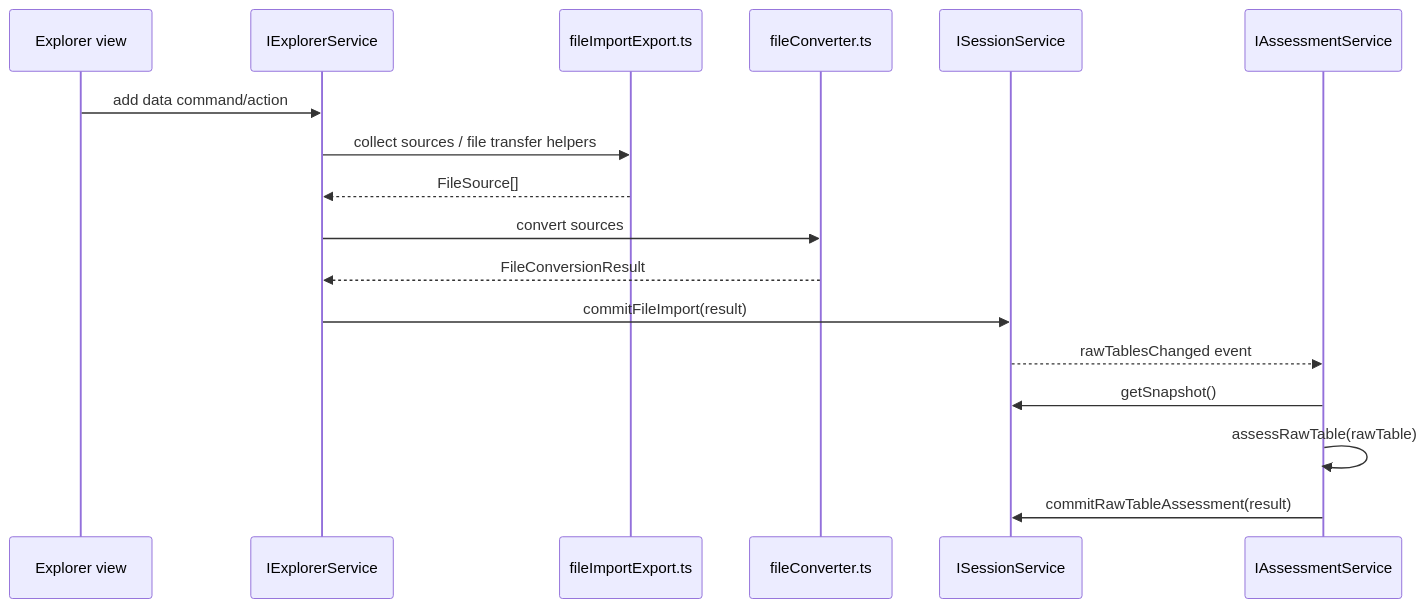
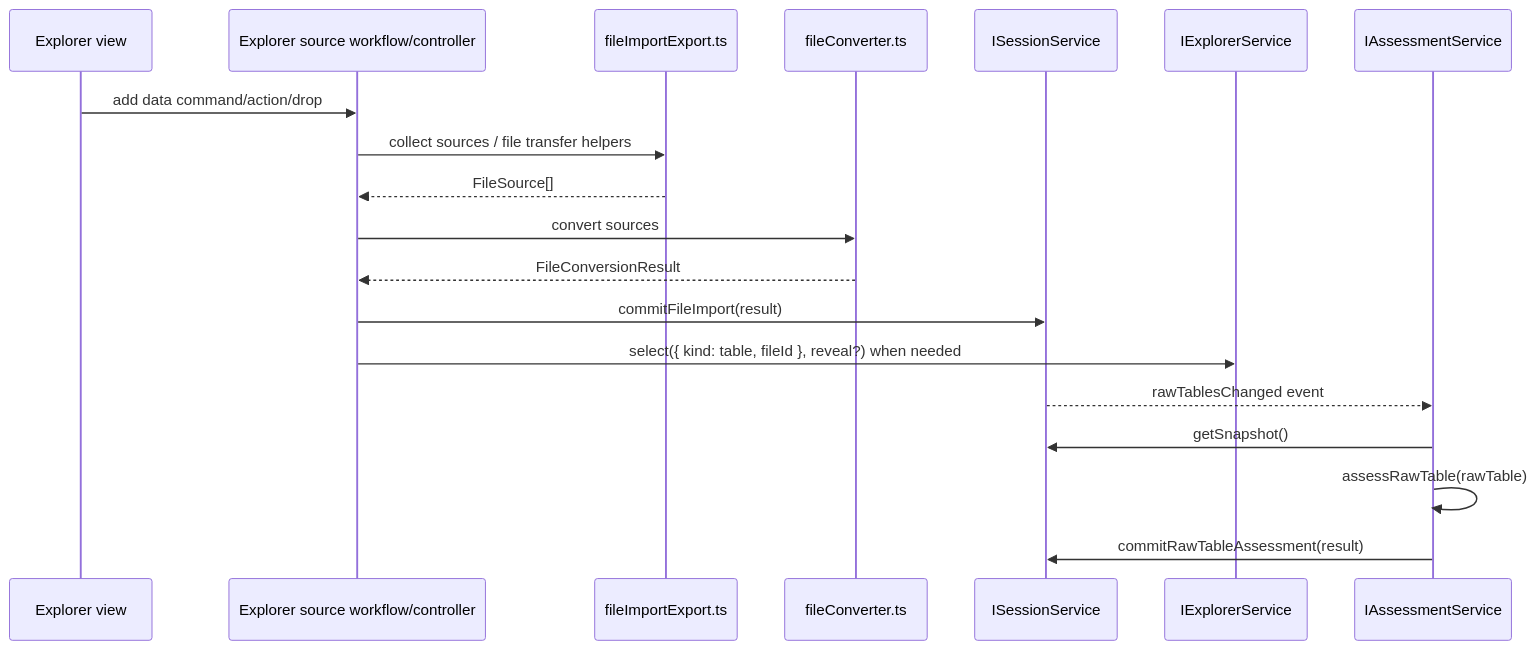
The fourth of 8 diagrams in .github/instructions/architecture.instructions.md (chogng/conductor), drawn with Mermaid before and after one commit. The commit also changed other lines of this file and 19 other files, not shown here.

First line of the commit message:
refactor: align chart and file session ownership

````diff
--- a/.github/instructions/architecture.instructions.md
+++ b/.github/instructions/architecture.instructions.md
@@ -620,20 +628,22 @@
 ```mermaid
 sequenceDiagram
     participant View as Explorer view
-    participant Explorer as IExplorerService
+    participant Workflow as Explorer source workflow/controller
     participant Source as fileImportExport.ts
     participant Converter as fileConverter.ts
     participant Session as ISessionService
+    participant Explorer as IExplorerService
     participant Assessment as IAssessmentService
 
-    View->>Explorer: add data command/action
-    Explorer->>Source: collect sources / file transfer helpers
-    Source-->>Explorer: FileSource[]
-    Explorer->>Converter: convert sources
-    Converter-->>Explorer: FileConversionResult
-    Explorer->>Session: commitFileImport(result)
+    View->>Workflow: add data command/action/drop
+    Workflow->>Source: collect sources / file transfer helpers
+    Source-->>Workflow: FileSource[]
+    Workflow->>Converter: convert sources
+    Converter-->>Workflow: FileConversionResult
+    Workflow->>Session: commitFileImport(result)
+    Workflow->>Explorer: select({ kind: table, fileId }, reveal?) when needed
     Session-->>Assessment: rawTablesChanged event
     Assessment->>Session: getSnapshot()
     Assessment->>Assessment: assessRawTable(rawTable)
     Assessment->>Session: commitRawTableAssessment(result)
 ```
````
